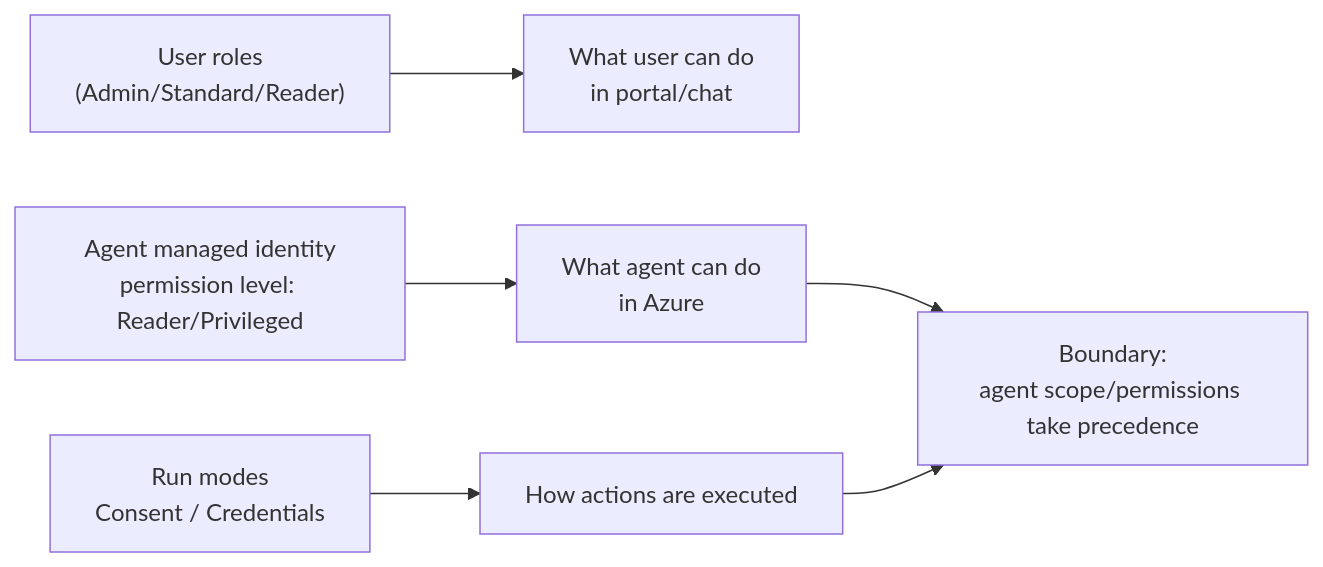
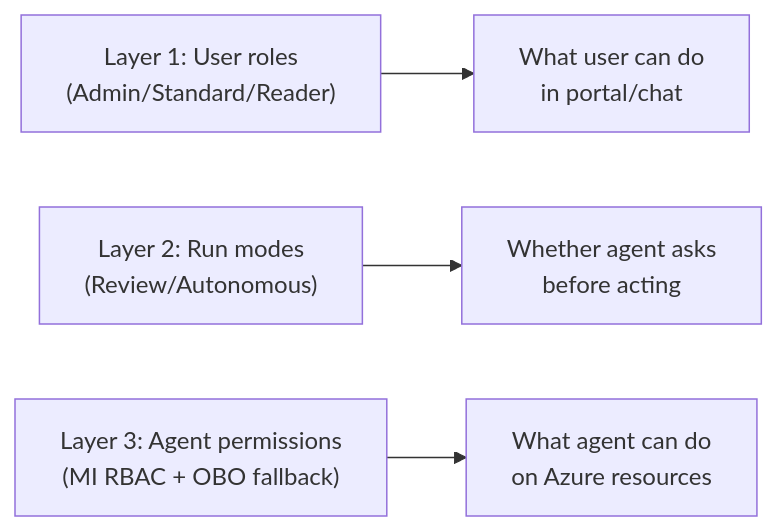
Before and after one commit to TakumiSeo/Tech-BLOG: the third of 12 diagrams in content/posts/en-us/sre-agent-planning.md, drawn with Mermaid. The commit also changed other lines of this file and 26 other files, not shown here.

````diff
--- a/content/posts/en-us/sre-agent-planning.md
+++ b/content/posts/en-us/sre-agent-planning.md
@@ -134,9 +139,6 @@
 ```mermaid
 flowchart LR
-  RBAC["User roles\n(Admin/Standard/Reader)"] --> UX["What user can do\nin portal/chat"]
-  MI["Agent managed identity\npermission level: Reader/Privileged"] --> ACT["What agent can do\nin Azure"]
-  RM["Run modes\nConsent / Credentials"] --> FLOW["How actions are executed"]
-
-  ACT --> BND["Boundary:\nagent scope/permissions take precedence"]
-  FLOW --> BND
+  RBAC["Layer 1: User roles\n(Admin/Standard/Reader)"] --> UX["What user can do\nin portal/chat"]
+  RM["Layer 2: Run modes\n(Review/Autonomous)"] --> FLOW["Whether agent asks\nbefore acting"]
+  MI["Layer 3: Agent permissions\n(MI RBAC + OBO fallback)"] --> ACT["What agent can do\non Azure resources"]
 ```
````
